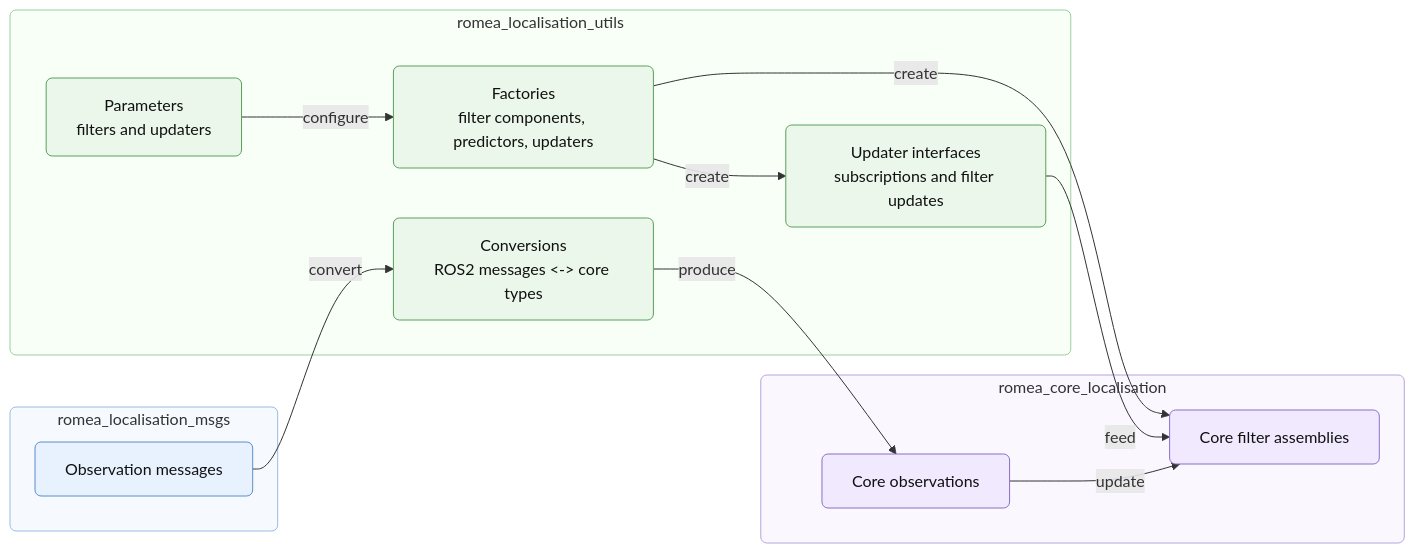
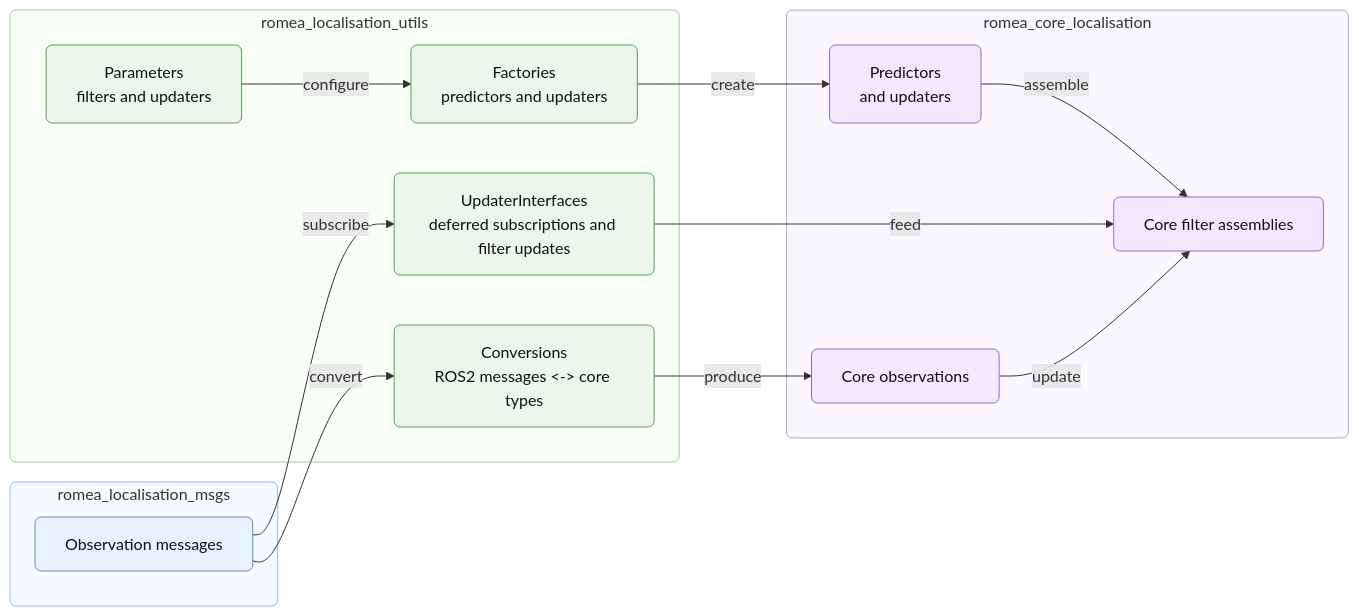
One commit to Romea/romea-ros2-localisation-utils changed the diagram in README.md. Above: the diagram before and after it, drawn with Mermaid. The commit also changed other lines of this file and 1 other file, not shown here.

Commit message:
add makeke_filter helper + udapte readme

````diff
--- a/README.md
+++ b/README.md
@@ -16,38 +16,40 @@
 ```mermaid
 flowchart LR
   subgraph ros2_messages["romea_localisation_msgs"]
     msg["Observation messages"]
   end
 
   subgraph utils["romea_localisation_utils"]
     conversions["Conversions<br/>ROS2 messages <-> core types"]
     parameters["Parameters<br/>filters and updaters"]
-    factories["Factories<br/>filter components, predictors, updaters"]
-    interfaces["Updater interfaces<br/>subscriptions and filter updates"]
+    factories["Factories<br/>predictors and updaters"]
+    interfaces["UpdaterInterfaces<br/>deferred subscriptions and filter updates"]
   end
 
   subgraph core["romea_core_localisation"]
     observations["Core observations"]
+    predictors_and_updaters["Predictors<br/>and updaters"]
     filters["Core filter assemblies"]
   end
 
   msg -->|convert| conversions
   conversions -->|produce| observations
   parameters -->|configure| factories
-  factories -->|create| filters
-  factories -->|create| interfaces
+  factories -->|create| predictors_and_updaters
+  predictors_and_updaters -->|assemble| filters
+  msg -->|subscribe| interfaces
   interfaces -->|feed| filters
   observations -->|update| filters
 
   classDef ros2 fill:#e8f2ff,stroke:#5b8ec7,color:#111,rx:6,ry:6
   classDef utilsStyle fill:#eaf7ea,stroke:#5c9f5c,color:#111,rx:6,ry:6
   classDef coreStyle fill:#f1eaff,stroke:#8b6fc6,color:#111,rx:6,ry:6
 
   class msg ros2
   class conversions,parameters,factories,interfaces utilsStyle
-  class observations,filters coreStyle
+  class observations,filters,predictors_and_updaters coreStyle
 
   style ros2_messages fill:#f6faff,stroke:#9abbe3,rx:6,ry:6
   style utils fill:#f7fff7,stroke:#9ecf9e,rx:6,ry:6
   style core fill:#faf7ff,stroke:#b8a4dd,rx:6,ry:6
 ```
````
